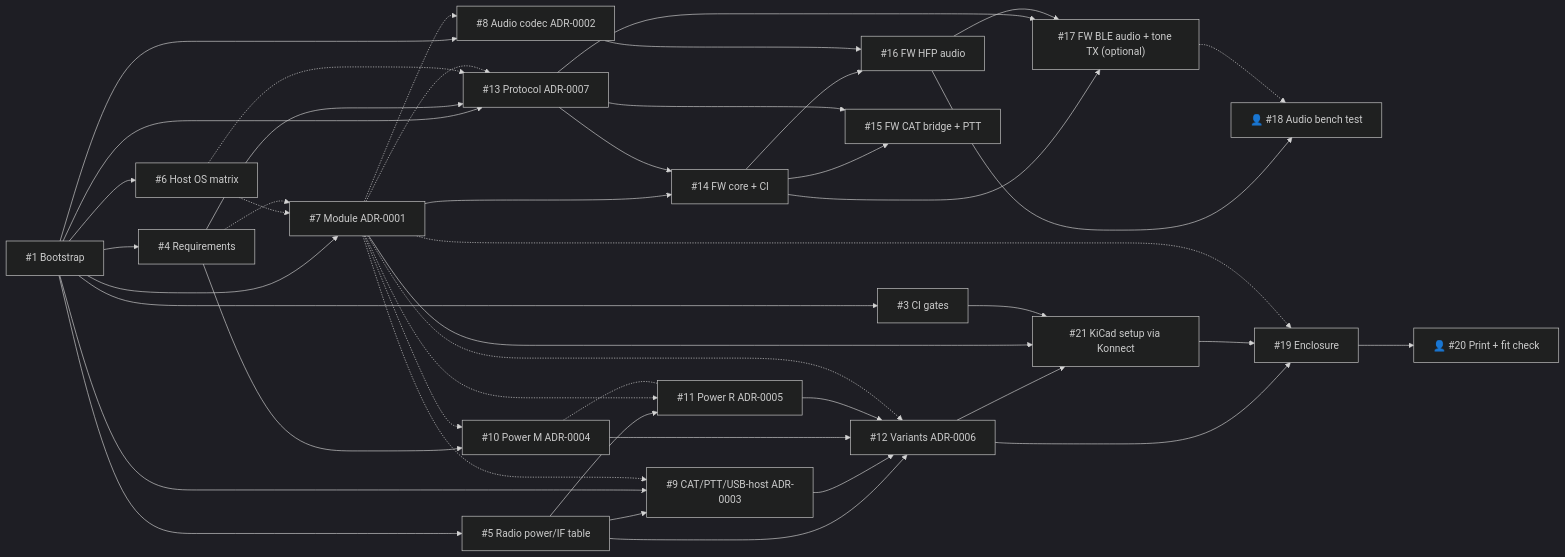
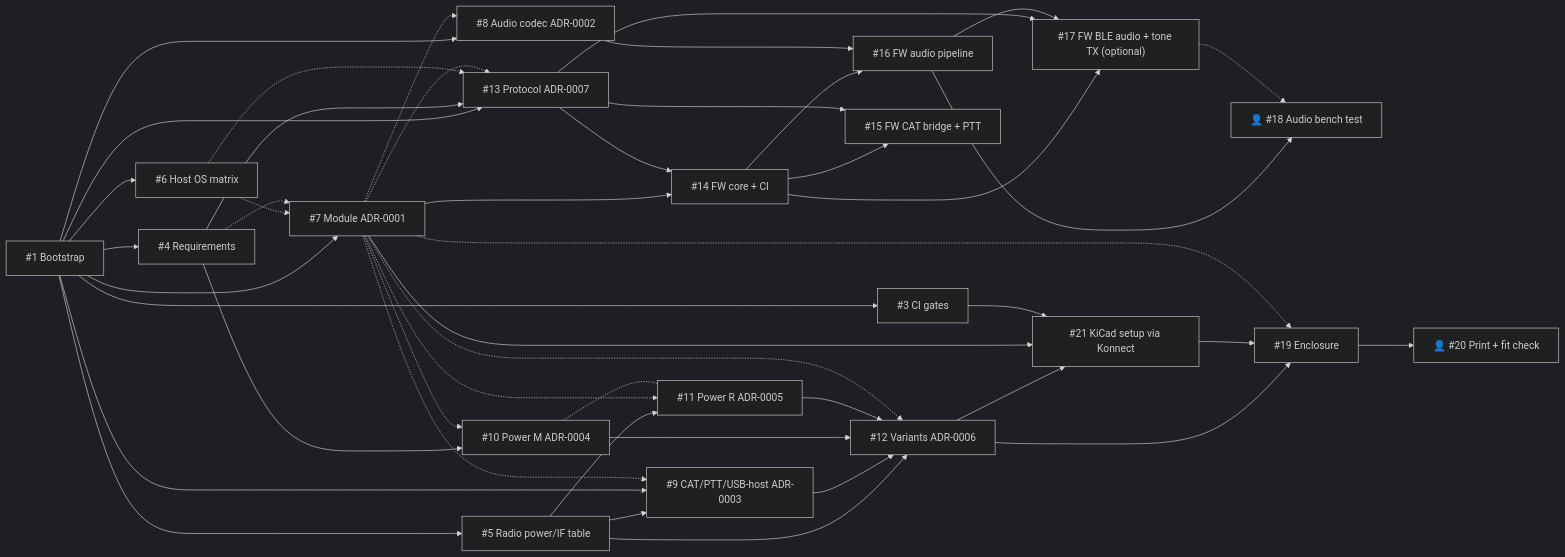
The diagram in docs/roadmap.md (Reid-n0rc/open-bt-rig-interface), drawn with Mermaid (dark theme) before and after one commit. The commit also changed other lines of this file and 13 other files, not shown here.

````diff
--- a/docs/roadmap.md
+++ b/docs/roadmap.md
@@ -152,47 +152,47 @@
 ```mermaid
 flowchart LR
   I1["#1 Bootstrap"] --> I3["#3 CI gates"]
   I1 --> I4["#4 Requirements"]
   I1 --> I5["#5 Radio power/IF table"]
   I1 --> I6["#6 Host OS matrix"]
   I1 --> I7["#7 Module ADR-0001"]
   I1 --> I8["#8 Audio codec ADR-0002"]
   I1 --> I13["#13 Protocol ADR-0007"]
   I5 --> I9["#9 CAT/PTT/USB-host ADR-0003"]
   I1 --> I9
   I4 --> I10["#10 Power M ADR-0004"]
   I5 --> I11["#11 Power R ADR-0005"]
   I4 --> I13
   I6 -.-> I7
   I4 -.-> I7
   I7 -.-> I8
   I7 -.-> I9
   I7 -.-> I10
   I7 -.-> I11
   I10 -.- I11
   I5 --> I12["#12 Variants ADR-0006"]
   I9 --> I12
   I10 --> I12
   I11 --> I12
   I7 -.-> I12
   I6 -.-> I13
   I7 -.-> I13
   I7 --> I14["#14 FW core + CI"]
   I13 --> I14
   I14 --> I15["#15 FW CAT bridge + PTT"]
   I13 --> I15
-  I14 --> I16["#16 FW HFP audio"]
+  I14 --> I16["#16 FW audio pipeline"]
   I8 --> I16
   I14 --> I17["#17 FW BLE audio + tone TX (optional)"]
   I13 --> I17
   I16 --> I17
   I16 --> I18["👤 #18 Audio bench test"]
   I17 -.-> I18
   I12 --> I21["#21 KiCad setup via Konnect"]
   I7 --> I21
   I3 --> I21
   I12 --> I19["#19 Enclosure"]
   I21 --> I19
   I7 -.-> I19
   I19 --> I20["👤 #20 Print + fit check"]
 ```
````
